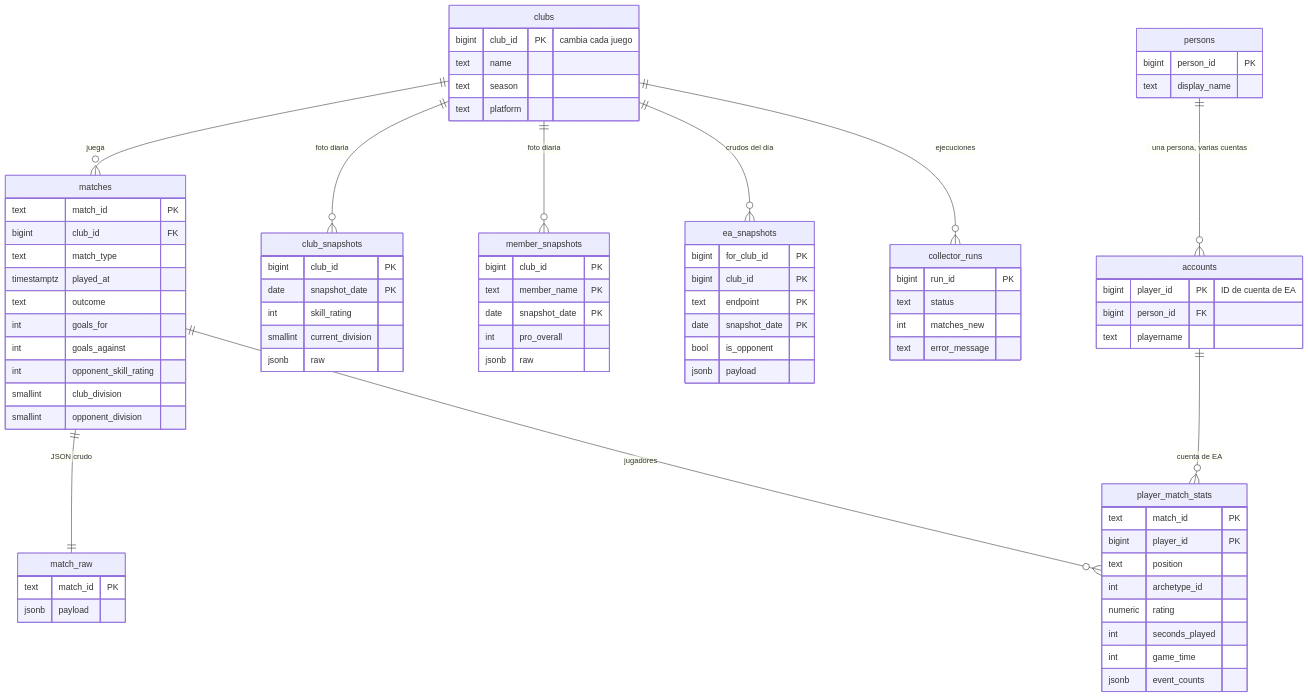
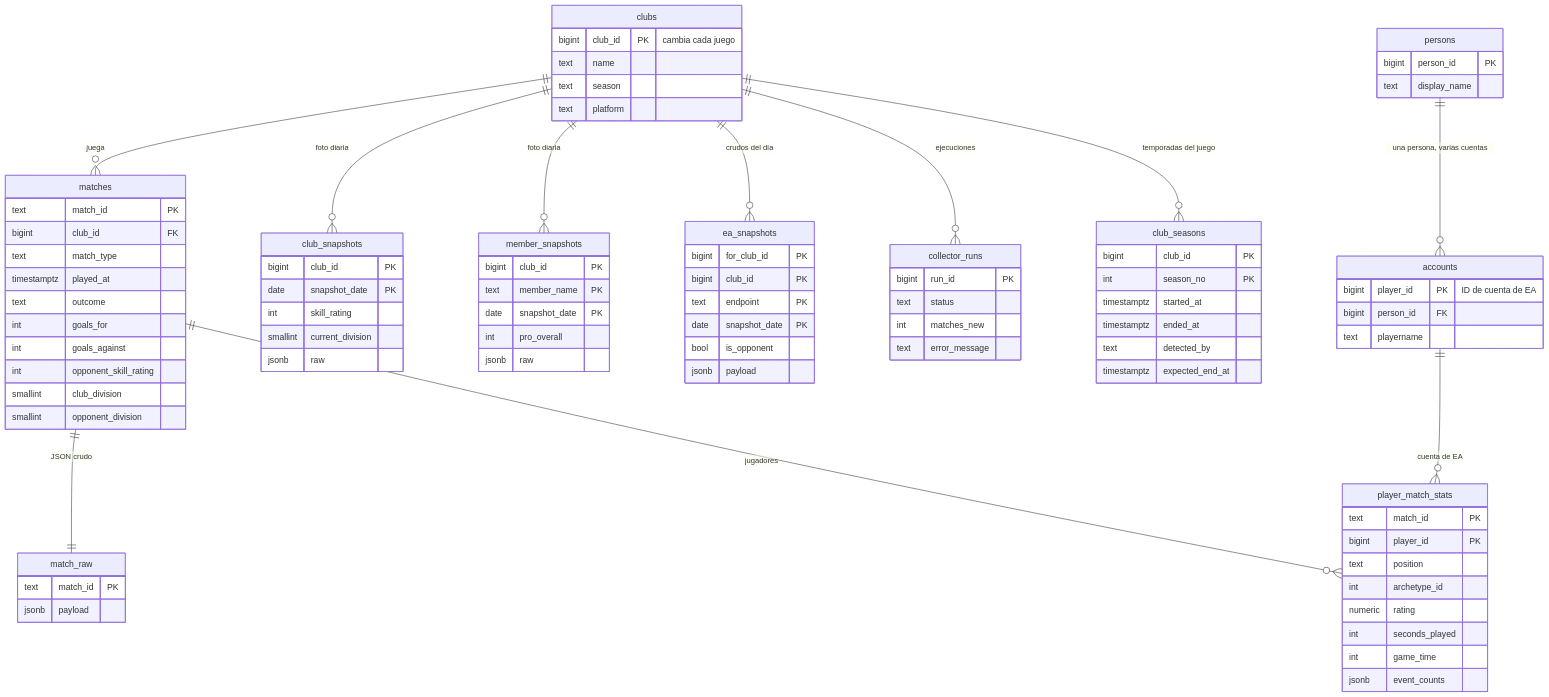
The third of 5 diagrams in docs/arquitectura.md (PinedaS/proclubs-stats), drawn with Mermaid before and after one commit. The commit also changed other lines of this file and 15 other files, not shown here.

Commit message:
Temporadas dentro del juego (detección por reinicio de EA), escudo real e íconos de división, y más de 30 datos nuevos en + Añadir dato (dashboard v2.8)

```diff
--- a/docs/arquitectura.md
+++ b/docs/arquitectura.md
@@ -109,6 +109,16 @@
   accounts ||--o{ player_match_stats : "cuenta de EA"
   persons ||--o{ accounts : "una persona, varias cuentas"
   clubs ||--o{ collector_runs : "ejecuciones"
+  clubs ||--o{ club_seasons : "temporadas del juego"
+
+  club_seasons {
+    bigint club_id PK
+    int season_no PK
+    timestamptz started_at
+    timestamptz ended_at
+    text detected_by
+    timestamptz expected_end_at
+  }
 
   clubs {
     bigint club_id PK "cambia cada juego"
```
